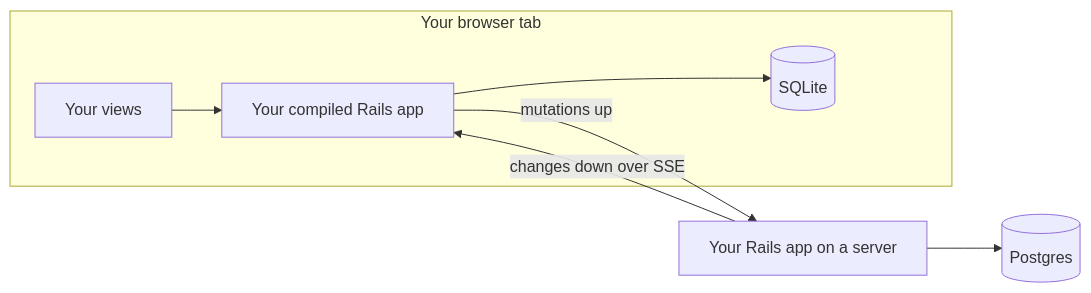
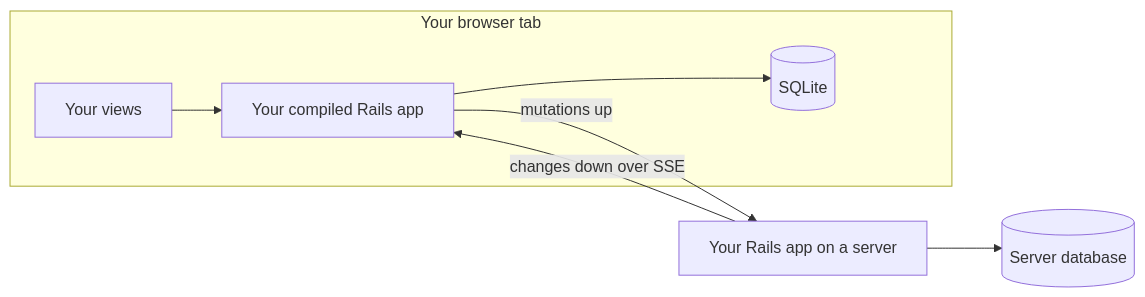
The diagram in README.md (kieranklaassen/instant_record), drawn with Mermaid before and after one commit. The commit also changed other lines of this file and 5 other files, not shown here.

````diff
--- a/README.md
+++ b/README.md
@@ -33,10 +33,10 @@
 ```mermaid
 flowchart LR
   subgraph tab [Your browser tab]
     UI[Your views] --> VM["Your compiled Rails app"]
     VM --> DB[(SQLite)]
   end
   VM -->|mutations up| S[Your Rails app on a server]
-  S --> P[(Postgres)]
+  S --> P[(Server database)]
   S -->|changes down over SSE| VM
 ```
````
